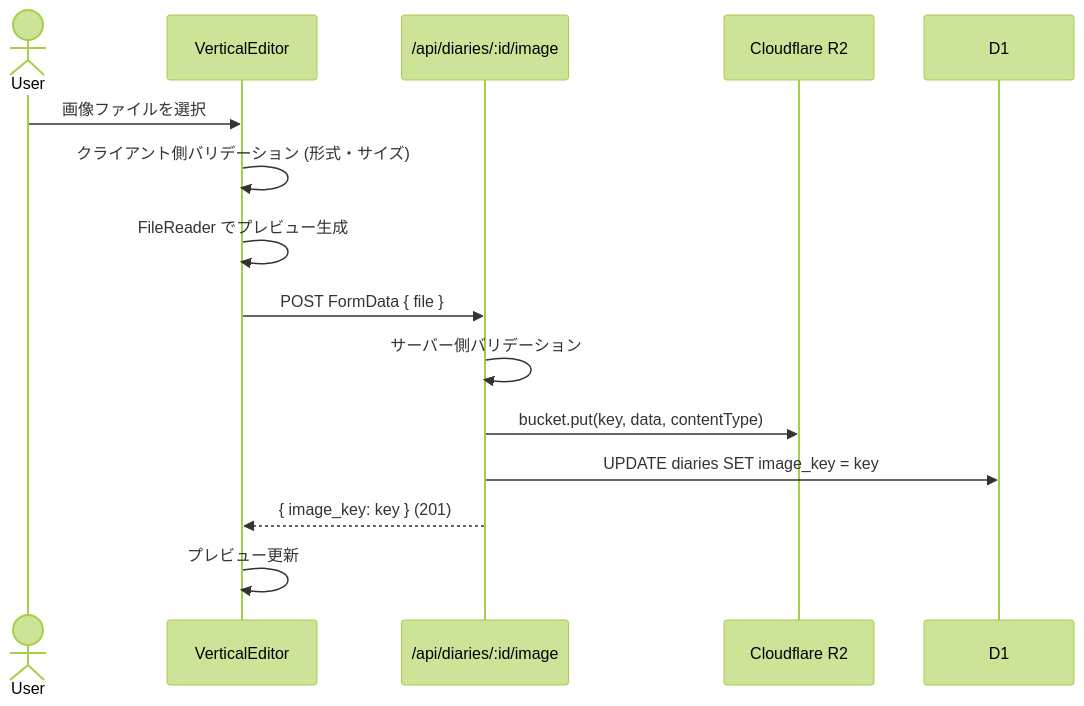
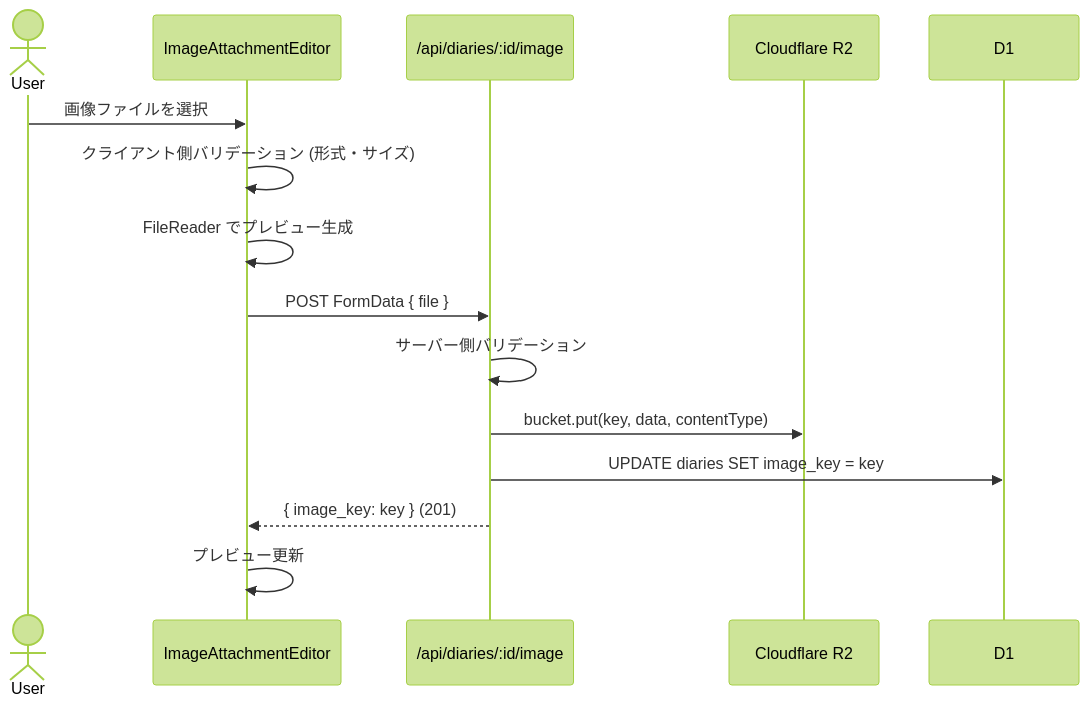
The first of 4 diagrams in docs/architecture/image-upload.md (shimabox/400-diary), drawn with Mermaid (forest theme) before and after one commit. The commit also changed other lines of this file and 12 other files, not shown here.

````diff
--- a/docs/architecture/image-upload.md
+++ b/docs/architecture/image-upload.md
@@ -34,18 +34,18 @@
 ```mermaid
 sequenceDiagram
     actor User
-    participant Editor as VerticalEditor
+    participant ImageEditor as ImageAttachmentEditor
     participant API as /api/diaries/:id/image
     participant R2 as Cloudflare R2
     participant DB as D1
 
-    User->>Editor: 画像ファイルを選択
-    Editor->>Editor: クライアント側バリデーション (形式・サイズ)
-    Editor->>Editor: FileReader でプレビュー生成
-    Editor->>API: POST FormData { file }
+    User->>ImageEditor: 画像ファイルを選択
+    ImageEditor->>ImageEditor: クライアント側バリデーション (形式・サイズ)
+    ImageEditor->>ImageEditor: FileReader でプレビュー生成
+    ImageEditor->>API: POST FormData { file }
     API->>API: サーバー側バリデーション
     API->>R2: bucket.put(key, data, contentType)
     API->>DB: UPDATE diaries SET image_key = key
-    API-->>Editor: { image_key: key } (201)
-    Editor->>Editor: プレビュー更新
+    API-->>ImageEditor: { image_key: key } (201)
+    ImageEditor->>ImageEditor: プレビュー更新
 ```
````
